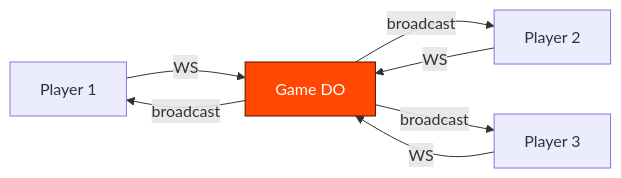
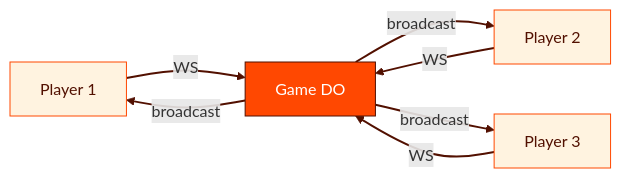
Before and after one commit to adewale/slide-maker: the diagram in decks/durable-objects/slides.md, drawn with Mermaid. The commit also changed other lines of this file and 21 other files, not shown here.

````diff
--- a/decks/durable-objects/slides.md
+++ b/decks/durable-objects/slides.md
@@ -309,8 +309,12 @@
 ```mermaid {theme: 'base', scale: 0.85}
 graph LR
   P1["Player 1"] -->|WS| DO["Game DO"]
   P2["Player 2"] -->|WS| DO
   P3["Player 3"] -->|WS| DO
   DO -->|broadcast| P1 & P2 & P3
   style DO fill:#ff4801,stroke:#521000,color:#fff
+  style P1 fill:#fff3e0,stroke:#ff4801,color:#521000
+  style P2 fill:#fff3e0,stroke:#ff4801,color:#521000
+  style P3 fill:#fff3e0,stroke:#ff4801,color:#521000
+  linkStyle default stroke:#521000,stroke-width:2px
 ```
````
